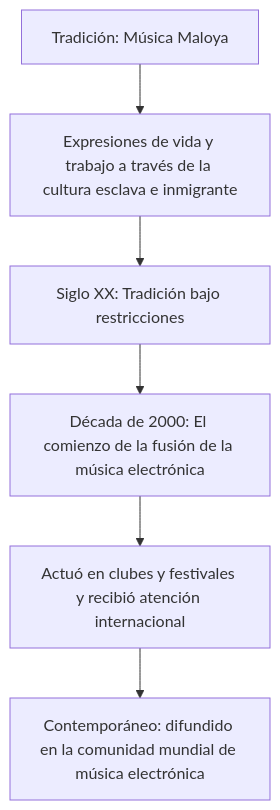
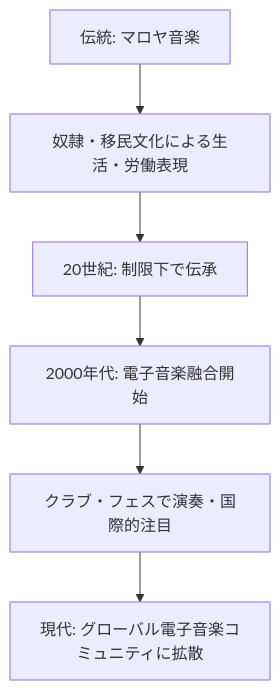
Before and after one commit to monumental-movement/monumental-movement.github.io: the fifth of 6 diagrams in es/_posts/2025-10-04-Column-Nyege-Nyege.md, drawn with Mermaid. The commit also changed other lines of this file and 299 other files, not shown here.

```diff
--- a/es/_posts/2025-10-04-Column-Nyege-Nyege.md
+++ b/es/_posts/2025-10-04-Column-Nyege-Nyege.md
@@ -250,10 +250,10 @@
 <div class="mermaid">
 
 flowchart TD
-    A["Tradición: Música Maloya"] --> B["Expresiones de vida y trabajo a través de la cultura esclava e inmigrante"]
-    B --> C["Siglo XX: Tradición bajo restricciones"]
-    C --> D["Década de 2000: El comienzo de la fusión de la música electrónica"]
-    D --> E["Actuó en clubes y festivales y recibió atención internacional"]
-    E --> F["Contemporáneo: difundido en la comunidad mundial de música electrónica"]
+    A["伝統: マロヤ音楽"] --> B["奴隷・移民文化による生活・労働表現"]
+    B --> C["20世紀: 制限下で伝承"]
+    C --> D["2000年代: 電子音楽融合開始"]
+    D --> E["クラブ・フェスで演奏・国際的注目"]
+    E --> F["現代: グローバル電子音楽コミュニティに拡散"]
 
 </div>
```
